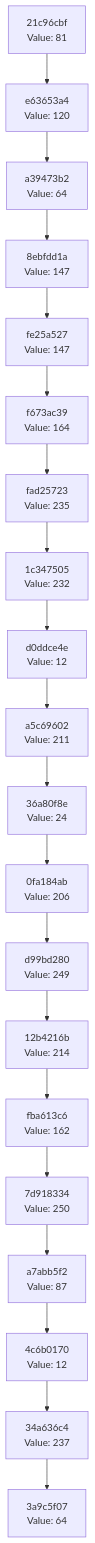
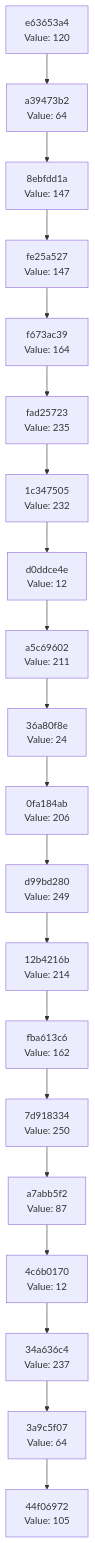
The diagram in docs/CHAIN_VISUALIZATION.md (Abhisheksinha1506/hash-chain-evolver), drawn with Mermaid before and after one commit. The commit also changed 3 other files, not shown here.

````diff
--- a/docs/CHAIN_VISUALIZATION.md
+++ b/docs/CHAIN_VISUALIZATION.md
@@ -3,42 +3,42 @@
 ```mermaid
 graph TD
-    C0["3a9c5f07<br/>Value: 64"]
-    C1["34a636c4<br/>Value: 237"]
+    C0["44f06972<br/>Value: 105"]
+    C1["3a9c5f07<br/>Value: 64"]
     C1 --> C0
-    C2["4c6b0170<br/>Value: 12"]
+    C2["34a636c4<br/>Value: 237"]
     C2 --> C1
-    C3["a7abb5f2<br/>Value: 87"]
+    C3["4c6b0170<br/>Value: 12"]
     C3 --> C2
-    C4["7d918334<br/>Value: 250"]
+    C4["a7abb5f2<br/>Value: 87"]
     C4 --> C3
-    C5["fba613c6<br/>Value: 162"]
+    C5["7d918334<br/>Value: 250"]
     C5 --> C4
-    C6["12b4216b<br/>Value: 214"]
+    C6["fba613c6<br/>Value: 162"]
     C6 --> C5
-    C7["d99bd280<br/>Value: 249"]
+    C7["12b4216b<br/>Value: 214"]
     C7 --> C6
-    C8["0fa184ab<br/>Value: 206"]
+    C8["d99bd280<br/>Value: 249"]
     C8 --> C7
-    C9["36a80f8e<br/>Value: 24"]
+    C9["0fa184ab<br/>Value: 206"]
     C9 --> C8
-    C10["a5c69602<br/>Value: 211"]
+    C10["36a80f8e<br/>Value: 24"]
     C10 --> C9
-    C11["d0ddce4e<br/>Value: 12"]
+    C11["a5c69602<br/>Value: 211"]
     C11 --> C10
-    C12["1c347505<br/>Value: 232"]
+    C12["d0ddce4e<br/>Value: 12"]
     C12 --> C11
-    C13["fad25723<br/>Value: 235"]
+    C13["1c347505<br/>Value: 232"]
     C13 --> C12
-    C14["f673ac39<br/>Value: 164"]
+    C14["fad25723<br/>Value: 235"]
     C14 --> C13
-    C15["fe25a527<br/>Value: 147"]
+    C15["f673ac39<br/>Value: 164"]
     C15 --> C14
-    C16["8ebfdd1a<br/>Value: 147"]
+    C16["fe25a527<br/>Value: 147"]
     C16 --> C15
-    C17["a39473b2<br/>Value: 64"]
+    C17["8ebfdd1a<br/>Value: 147"]
     C17 --> C16
-    C18["e63653a4<br/>Value: 120"]
+    C18["a39473b2<br/>Value: 64"]
     C18 --> C17
-    C19["21c96cbf<br/>Value: 81"]
+    C19["e63653a4<br/>Value: 120"]
     C19 --> C18
 ```
````
